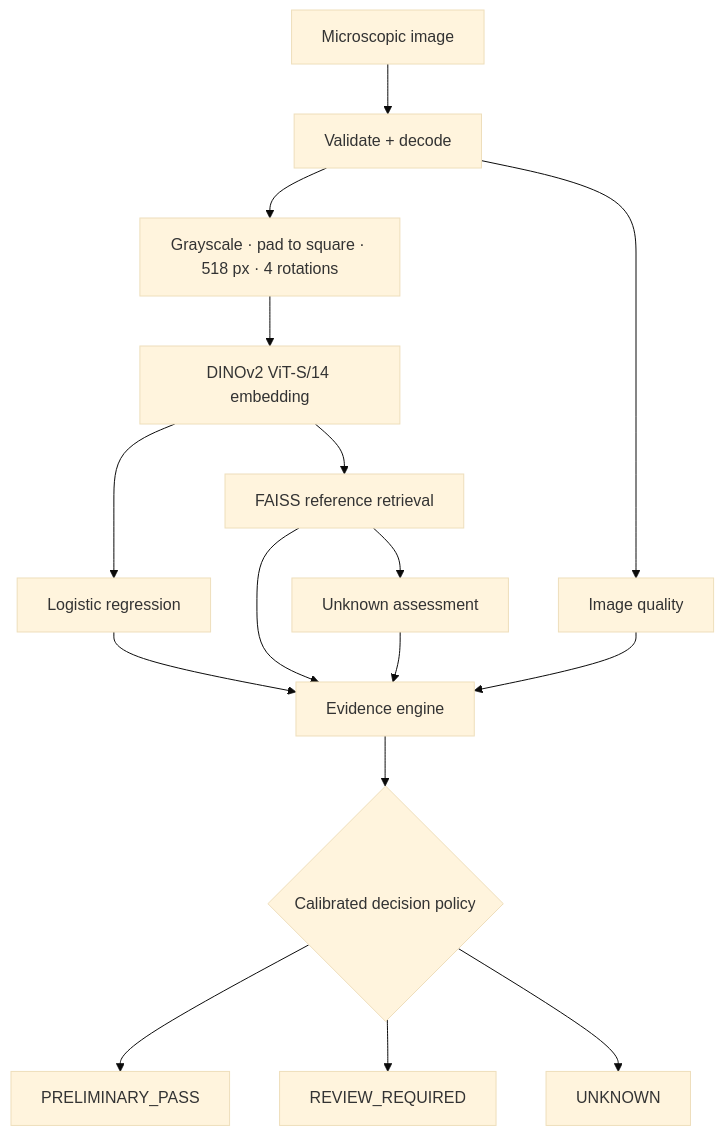
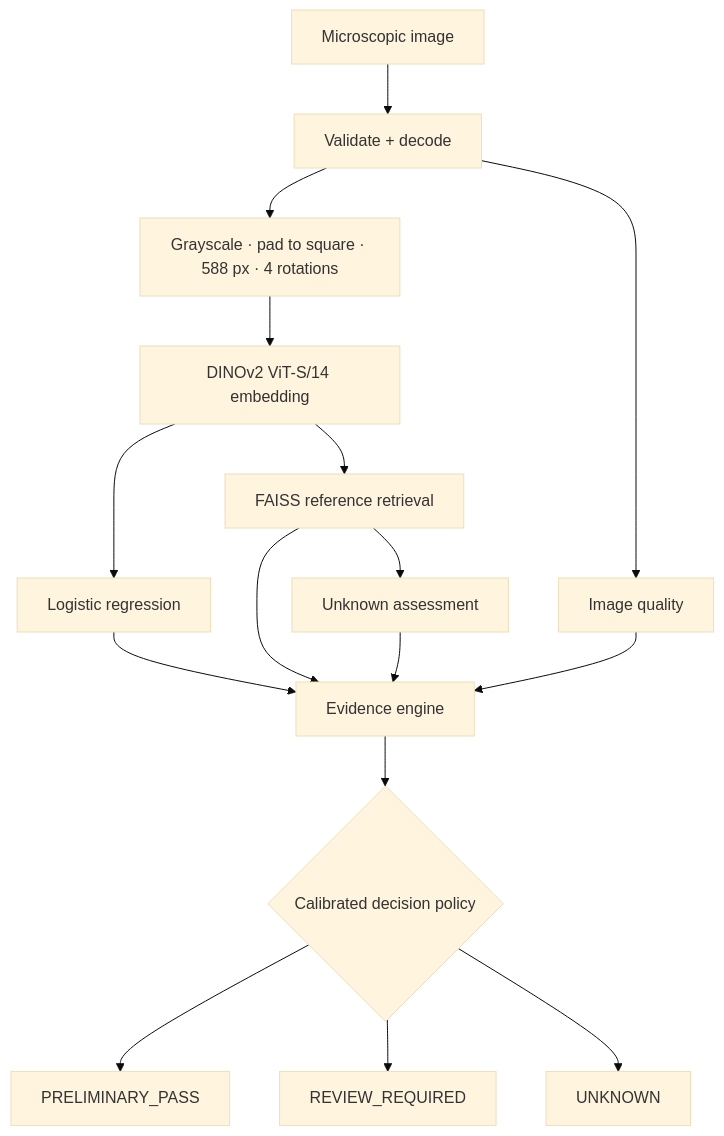
The diagram in README.md (gowtham472/herbascope), drawn with Mermaid (base theme) before and after one commit. The commit also changed other lines of this file and 5 other files, not shown here.

````diff
--- a/README.md
+++ b/README.md
@@ -37,18 +37,18 @@
 ```mermaid
 flowchart TD
     IMG[Microscopic image] --> VAL[Validate + decode]
     VAL --> Q[Image quality]
-    VAL --> PRE[Grayscale · pad to square · 518 px · 4 rotations]
+    VAL --> PRE[Grayscale · pad to square · 588 px · 4 rotations]
     PRE --> ENC[DINOv2 ViT-S/14 embedding]
     ENC --> CLS[Logistic regression]
     ENC --> RET[FAISS reference retrieval]
     RET --> UNK[Unknown assessment]
     CLS --> EVD[Evidence engine]
     RET --> EVD
     UNK --> EVD
     Q --> EVD
     EVD --> DEC{Calibrated decision policy}
     DEC --> P[PRELIMINARY_PASS]
     DEC --> R[REVIEW_REQUIRED]
     DEC --> U[UNKNOWN]
 ```
````
